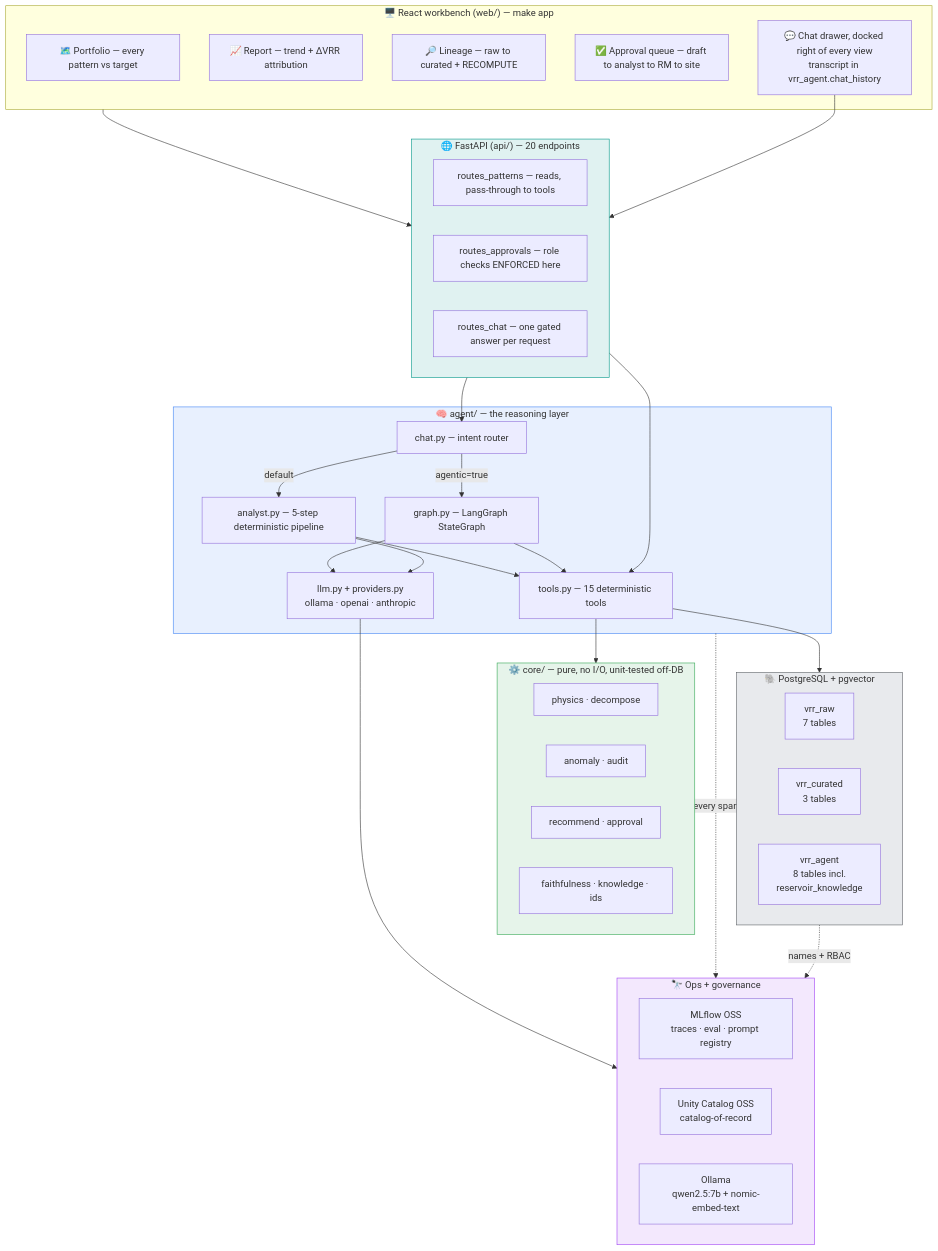
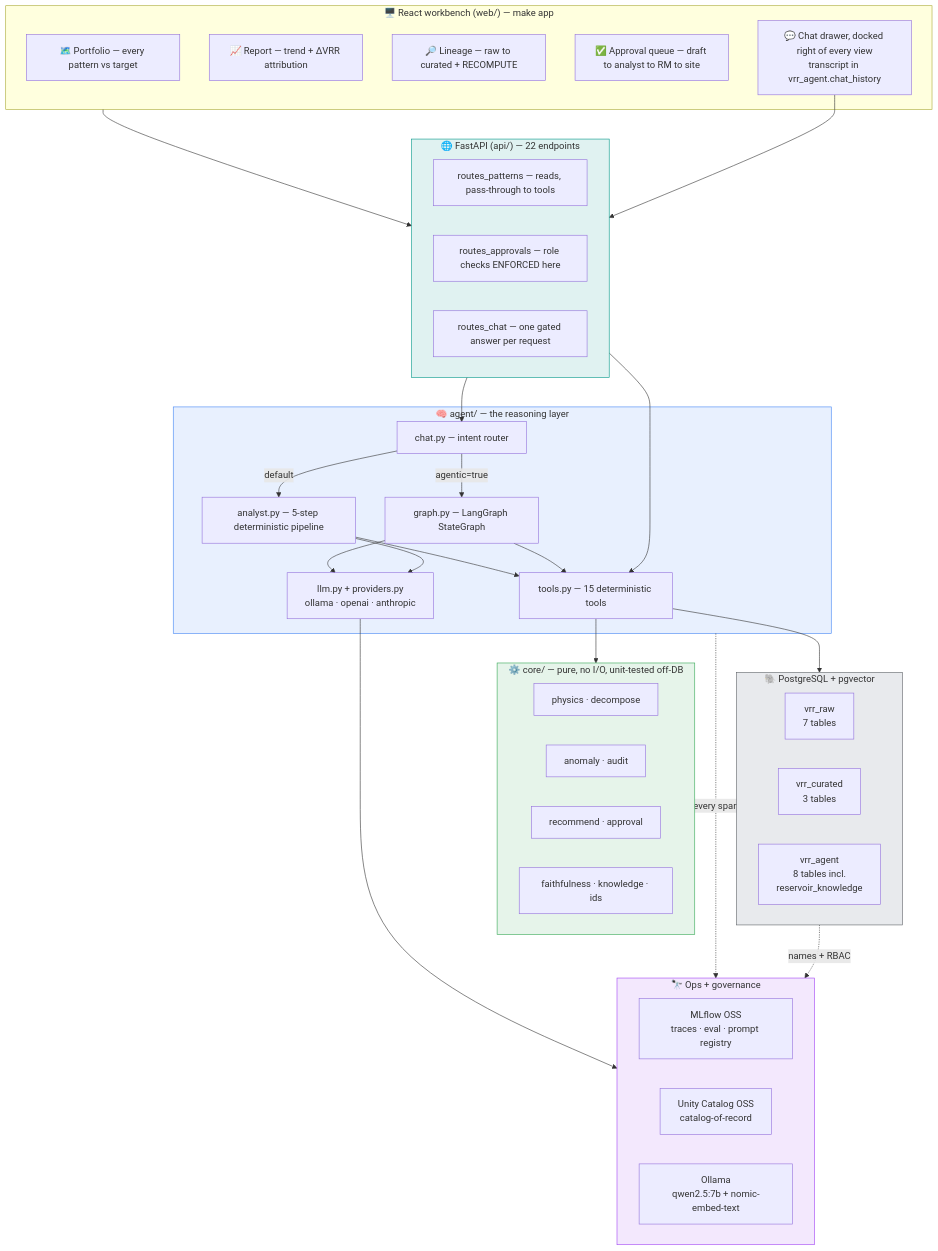
The second of 17 diagrams in README.md (vamshi455/vrr-agent-open), drawn with Mermaid before and after one commit. The commit also changed other lines of this file and 21 other files, not shown here.

````diff
--- a/README.md
+++ b/README.md
@@ -100,68 +101,68 @@
 ```mermaid
 flowchart TB
     subgraph UI["🖥️ React workbench (web/) — make app"]
         T1["🗺️ Portfolio — every pattern vs target"]
         T2["📈 Report — trend + ΔVRR attribution"]
         T3["🔎 Lineage — raw to curated + RECOMPUTE"]
         T4["✅ Approval queue — draft to analyst to RM to site"]
         DRAWER["💬 Chat drawer, docked right of every view<br/>transcript in vrr_agent.chat_history"]
     end
 
-    subgraph APIL["🌐 FastAPI (api/) — 20 endpoints"]
+    subgraph APIL["🌐 FastAPI (api/) — 22 endpoints"]
         RP["routes_patterns — reads, pass-through to tools"]
         RA["routes_approvals — role checks ENFORCED here"]
         RC["routes_chat — one gated answer per request"]
     end
 
     subgraph AGENT["🧠 agent/ — the reasoning layer"]
         CHAT["chat.py — intent router"]
         ANALYST["analyst.py — 5-step deterministic pipeline"]
         GRAPH["graph.py — LangGraph StateGraph"]
         TOOLS["tools.py — 15 deterministic tools"]
         LLMC["llm.py + providers.py<br/>ollama · openai · anthropic"]
     end
 
     subgraph CORE["⚙️ core/ — pure, no I/O, unit-tested off-DB"]
         direction LR
         C1["physics · decompose"]
         C2["anomaly · audit"]
         C3["recommend · approval"]
         C4["faithfulness · knowledge · ids"]
     end
 
     subgraph PG["🐘 PostgreSQL + pgvector"]
         direction LR
         RAW["vrr_raw<br/>7 tables"]
         CUR["vrr_curated<br/>3 tables"]
         AG["vrr_agent<br/>8 tables incl.<br/>reservoir_knowledge"]
     end
 
     subgraph OPS["🔭 Ops + governance"]
         direction LR
         ML["MLflow OSS<br/>traces · eval · prompt registry"]
         UC["Unity Catalog OSS<br/>catalog-of-record"]
         OLL["Ollama<br/>qwen2.5:7b + nomic-embed-text"]
     end
 
     UI --> APIL
     DRAWER --> APIL
     APIL --> CHAT
     APIL --> TOOLS
     CHAT -->|"default"| ANALYST
     CHAT -->|"agentic=true"| GRAPH
     ANALYST --> TOOLS
     GRAPH --> TOOLS
     GRAPH --> LLMC
     ANALYST --> LLMC
     TOOLS --> CORE
     TOOLS --> PG
     LLMC --> OLL
     AGENT -.->|"every span"| ML
     PG -.->|"names + RBAC"| UC
 
     style CORE fill:#e6f4ea,stroke:#34a853
     style PG fill:#e8eaed,stroke:#5f6368
     style AGENT fill:#e8f0fe,stroke:#4285f4
     style OPS fill:#f3e8fd,stroke:#a142f4
     style APIL fill:#e0f2f1,stroke:#009688
 ```
````
